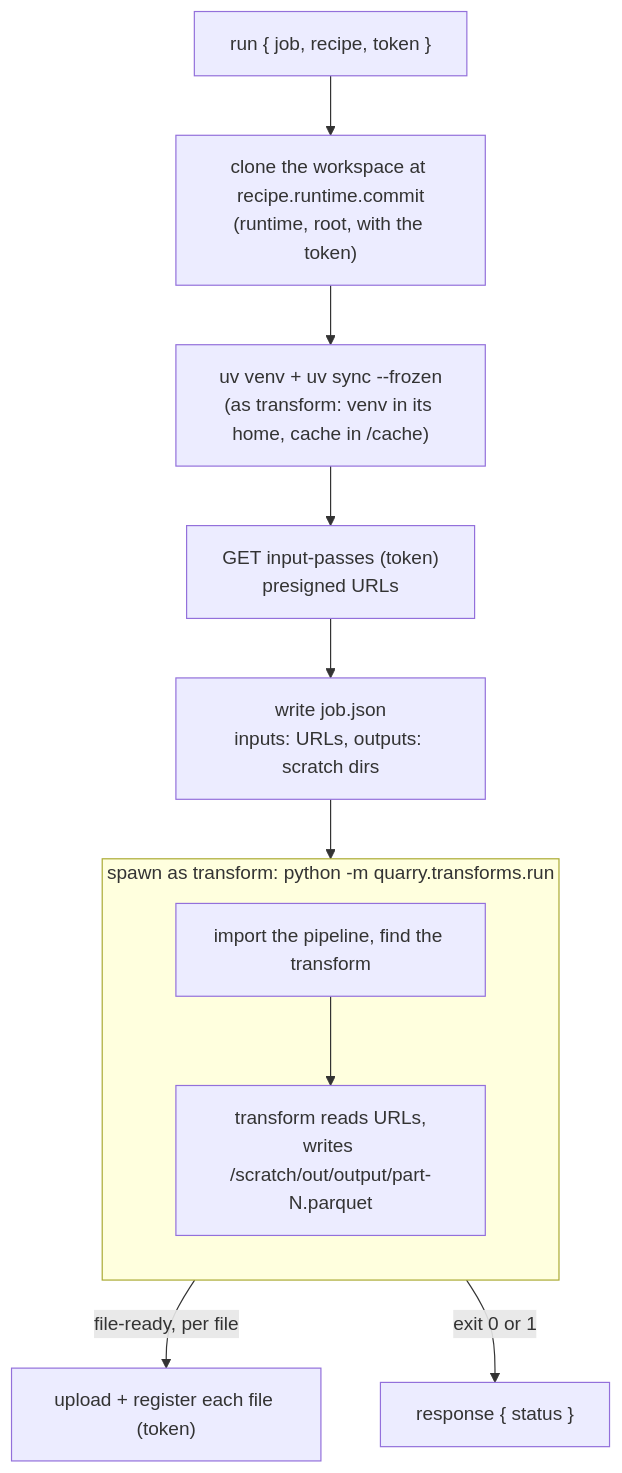
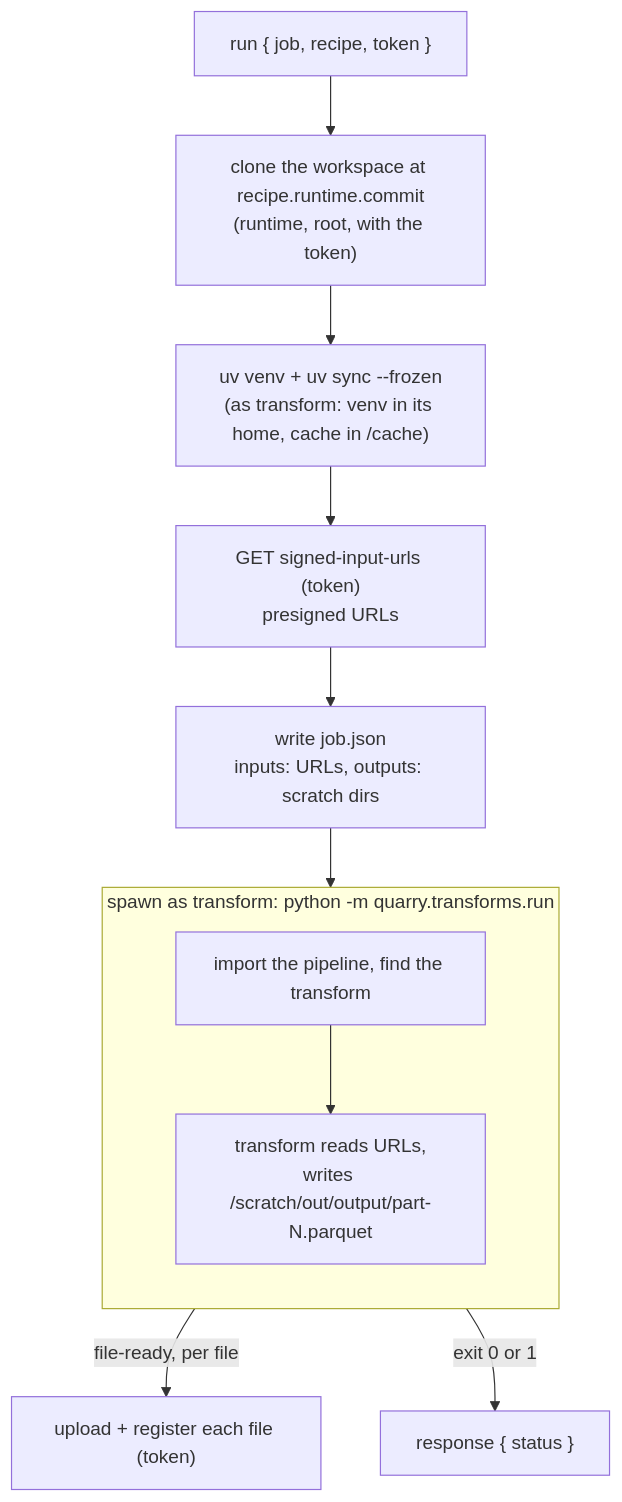
The sixth of 15 diagrams in docs/design/forge-runtimes.md (RolandTeslaru/Quarry), drawn with Mermaid before and after one commit. The commit also changed other lines of this file and 9 other files, not shown here.

````diff
--- a/docs/design/forge-runtimes.md
+++ b/docs/design/forge-runtimes.md
@@ -191,14 +191,14 @@
 ```mermaid
 flowchart TB
     run["run { job, recipe, token }"] --> clone["clone the workspace at recipe.runtime.commit<br/>(runtime, root, with the token)"]
     clone --> sync["uv venv + uv sync --frozen<br/>(as transform: venv in its home, cache in /cache)"]
-    sync --> inputs["GET input-passes (token)<br/>presigned URLs"]
+    sync --> inputs["GET signed-input-urls (token)<br/>presigned URLs"]
     inputs --> jobjson["write job.json<br/>inputs: URLs, outputs: scratch dirs"]
     jobjson --> spawn
     subgraph spawn["spawn as transform: python -m quarry.transforms.run"]
         direction TB
         load["import the pipeline, find the transform"] --> transform["transform reads URLs,<br/>writes /scratch/out/output/part-N.parquet"]
     end
     spawn -- "file-ready, per file" --> upload["upload + register each file (token)"]
     spawn -- "exit 0 or 1" --> done["response { status }"]
 ```
````
